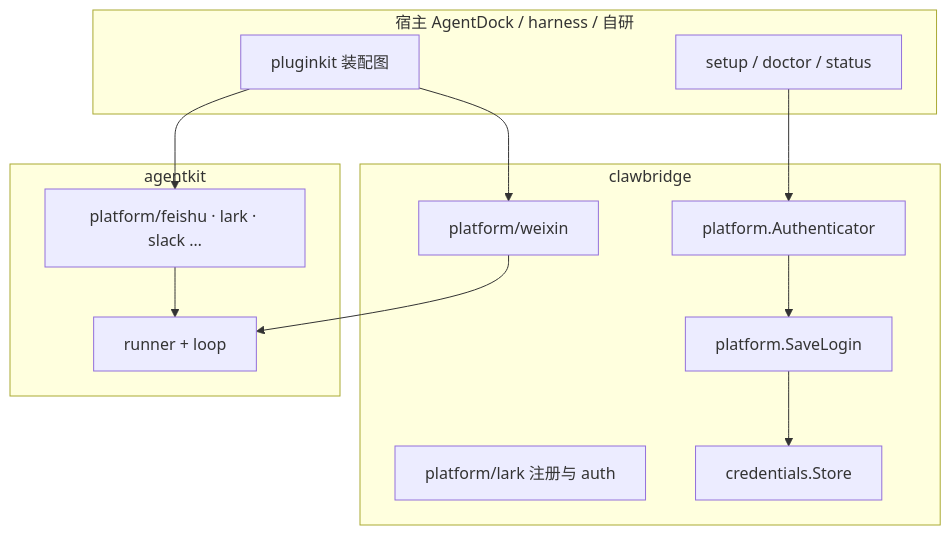
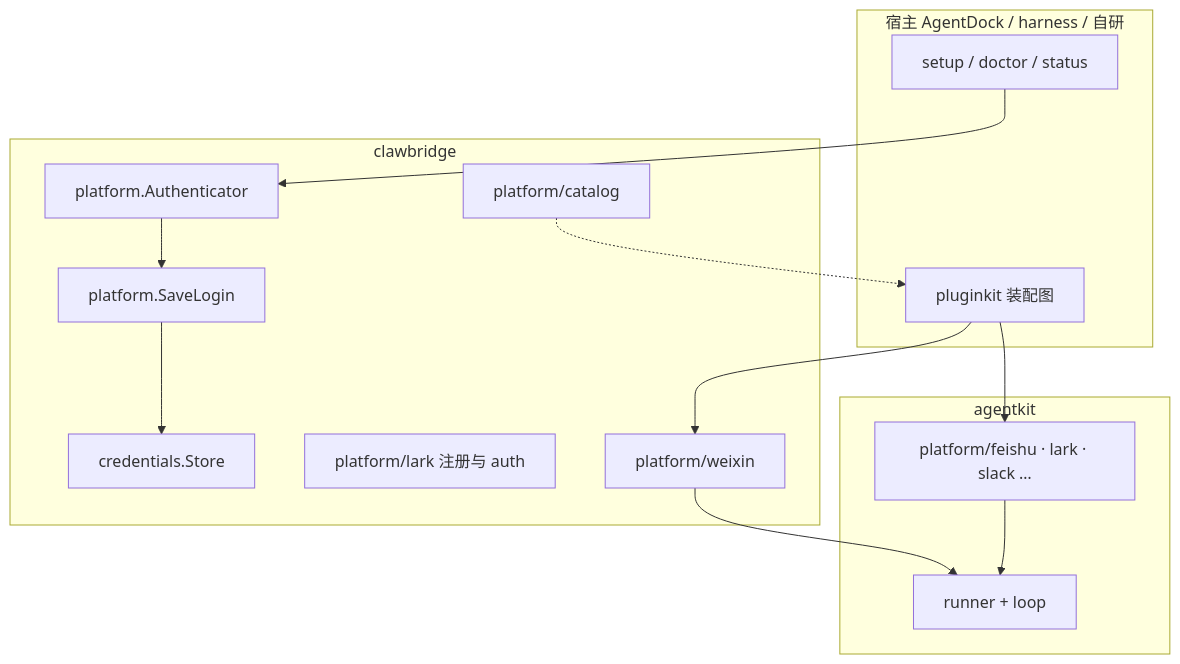
One commit to lengzhao/clawbridge changed the diagram in docs/architecture.md. Above: the diagram before and after it, drawn with Mermaid. The commit also changed other lines of this file and 22 other files, not shown here.

````diff
--- a/docs/architecture.md
+++ b/docs/architecture.md
@@ -7,25 +7,27 @@
 ```mermaid
 flowchart TB
   subgraph host [宿主 AgentDock / harness / 自研]
     CLI[setup / doctor / status]
     ASM[pluginkit 装配图]
   end
   subgraph clawbridge [clawbridge]
     AUTH[platform.Authenticator]
     SAVE[platform.SaveLogin]
     WX[platform/weixin]
     LK[platform/lark 注册与 auth]
     CRED[credentials.Store]
+    CAT[platform/catalog]
   end
   subgraph agentkit [agentkit]
     AKP[platform/feishu · lark · slack …]
     RUN[runner + loop]
   end
   CLI --> AUTH
   AUTH --> SAVE
   SAVE --> CRED
   ASM --> WX
   ASM --> AKP
   WX --> RUN
   AKP --> RUN
+  CAT -.-> ASM
 ```
````
